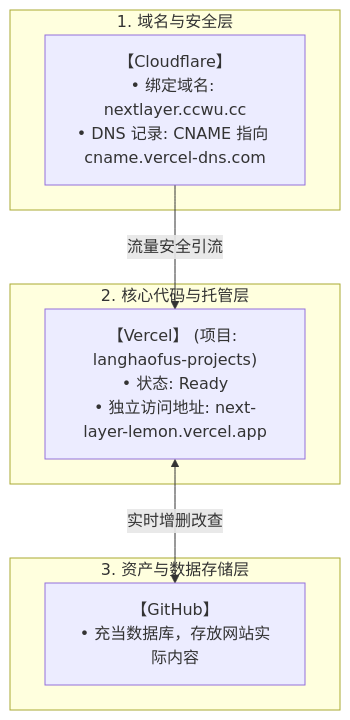
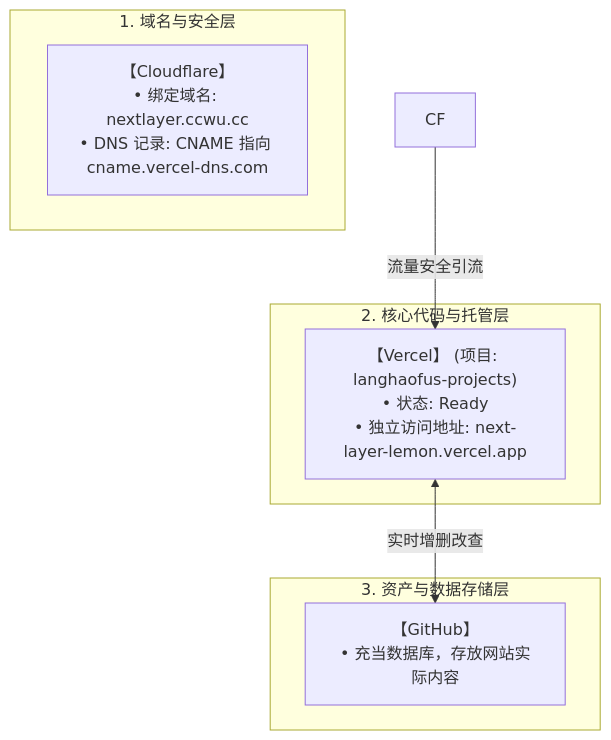
One commit to langhaofu/iodraw-files changed the diagram in all/未命名.md. Above: the diagram before and after it, drawn with Mermaid.

Commit message:
2026-06-04 15:53:43 update

````diff
--- a/all/未命名.md
+++ b/all/未命名.md
@@ -1,21 +1,20 @@
 ```mermaid
 graph TD
 
-
     %% 第二部分：网站架构与流量走向
     subgraph Layer1 [1. 域名与安全层]
-        CF["【Cloudflare】<br>• 绑定域名: nextlayer.ccwu.cc<br>• DNS 记录: CNAME 指向 cname.vercel-dns.com"]
+        C["【Cloudflare】<br>• 绑定域名: nextlayer.ccwu.cc<br>• DNS 记录: CNAME 指向 cname.vercel-dns.com"]
     end
 
     subgraph Layer2 [2. 核心代码与托管层]
         VC["【Vercel】 (项目: langhaofus-projects)<br>• 状态: Ready<br>• 独立访问地址: next-layer-lemon.vercel.app"]
     end
 
     subgraph Layer3 [3. 资产与数据存储层]
         GH["【GitHub】<br>• 充当数据库，存放网站实际内容"]
     end
 
     %% 架构层级之间的流量线
     CF -->|流量安全引流| VC
     VC <-->|实时增删改查| GH
 ```
````
